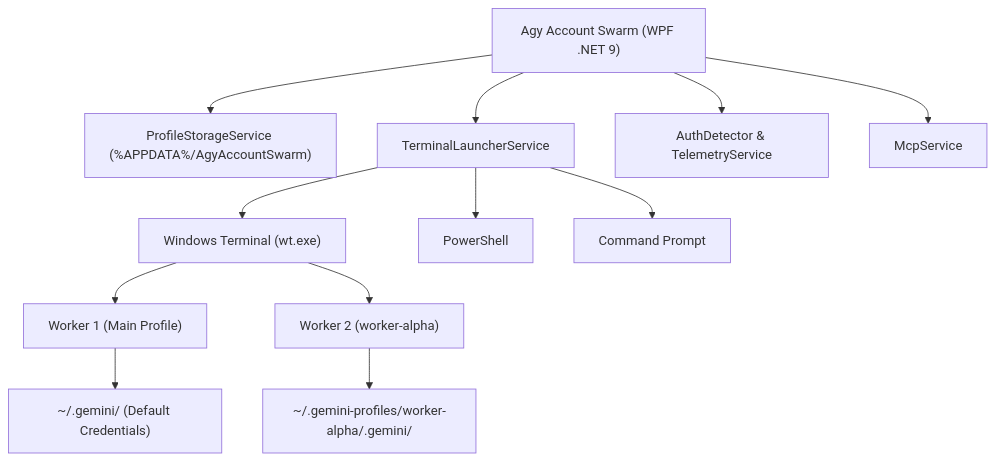
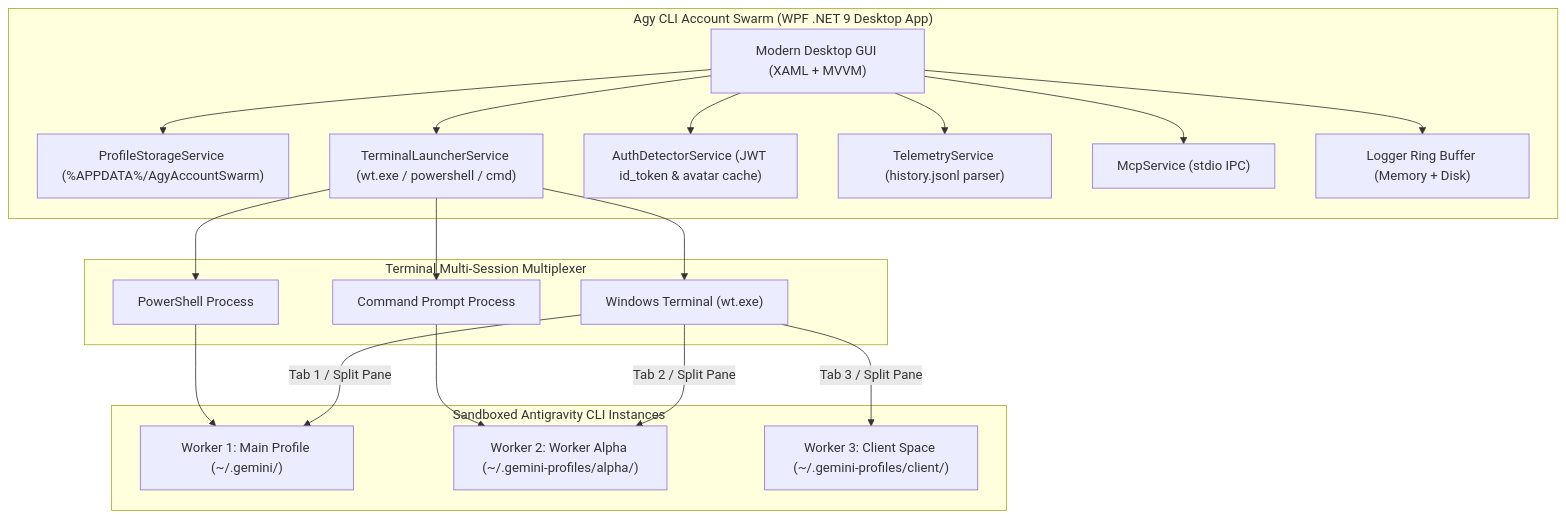
The diagram in README.md (RifkyA911/agy-cli-account-swarm), drawn with Mermaid before and after one commit. The commit also changed other lines of this file and 16 other files, not shown here.

Commit message:
feat(release): rebrand to Agy CLI Account Swarm, overhaul README for desktop GUI only, and add multi-platform installers with uninstaller

````diff
--- a/README.md
+++ b/README.md
@@ -76,23 +101,42 @@
 ```mermaid
 graph TD
-    App["Agy Account Swarm (WPF .NET 9)"]
-    Storage["ProfileStorageService (%APPDATA%/AgyAccountSwarm)"]
-    Launcher["TerminalLauncherService"]
-    Auth["AuthDetector & TelemetryService"]
-    MCP["McpService"]
-    
-    App --> Storage
-    App --> Launcher
-    App --> Auth
-    App --> MCP
-    
-    Launcher --> WT["Windows Terminal (wt.exe)"]
-    Launcher --> PS["PowerShell"]
-    Launcher --> CMD["Command Prompt"]
-    
-    WT --> W1["Worker 1 (Main Profile)"]
-    WT --> W2["Worker 2 (worker-alpha)"]
-    
-    W1 --> Dir1["~/.gemini/ (Default Credentials)"]
-    W2 --> Dir2["~/.gemini-profiles/worker-alpha/.gemini/"]
+    subgraph DesktopGUI ["Agy CLI Account Swarm (WPF .NET 9 Desktop App)"]
+        UI["Modern Desktop GUI (XAML + MVVM)"]
+        Storage["ProfileStorageService (%APPDATA%/AgyAccountSwarm)"]
+        Launcher["TerminalLauncherService (wt.exe / powershell / cmd)"]
+        AuthDet["AuthDetectorService (JWT id_token & avatar cache)"]
+        Telemetry["TelemetryService (history.jsonl parser)"]
+        Mcp["McpService (stdio IPC)"]
+        Logger["Logger Ring Buffer (Memory + Disk)"]
+        
+        UI --> Storage
+        UI --> Launcher
+        UI --> AuthDet
+        UI --> Telemetry
+        UI --> Mcp
+        UI --> Logger
+    end
+
+    subgraph TerminalMultiplexer ["Terminal Multi-Session Multiplexer"]
+        WT["Windows Terminal (wt.exe)"]
+        PS["PowerShell Process"]
+        CMD["Command Prompt Process"]
+        
+        Launcher --> WT
+        Launcher --> PS
+        Launcher --> CMD
+    end
+
+    subgraph SandboxedWorkers ["Sandboxed Antigravity CLI Instances"]
+        W1["Worker 1: Main Profile (~/.gemini/)"]
+        W2["Worker 2: Worker Alpha (~/.gemini-profiles/alpha/)"]
+        W3["Worker 3: Client Space (~/.gemini-profiles/client/)"]
+        
+        WT -->|Tab 1 / Split Pane| W1
+        WT -->|Tab 2 / Split Pane| W2
+        WT -->|Tab 3 / Split Pane| W3
+        
+        PS --> W1
+        CMD --> W2
+    end
 ```
````
